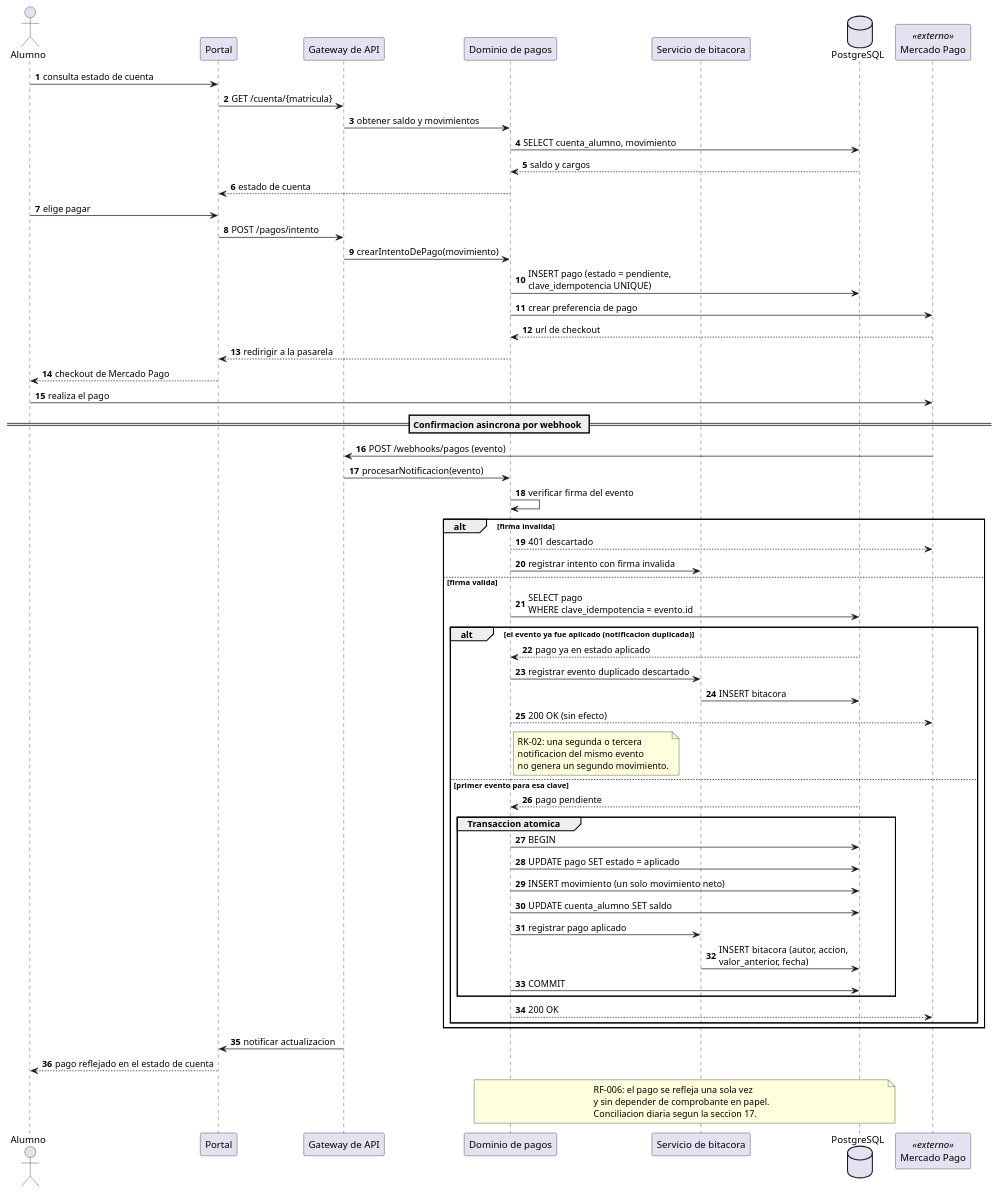
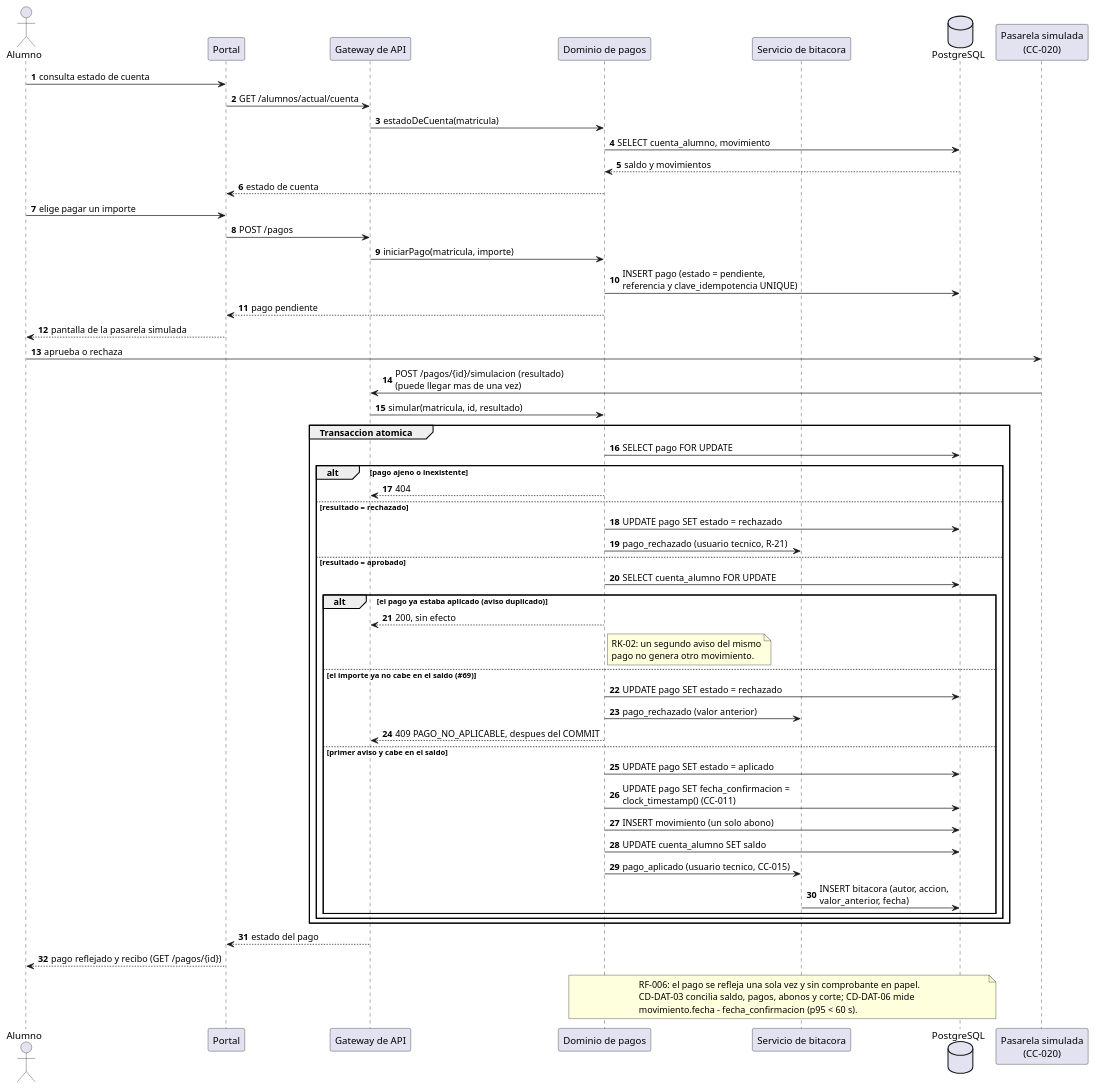
One commit to fjmp-dev/sce-control-escolar changed the diagram in docs/arquitectura/fig05-secuencia-pago.puml. Above: the diagram before and after it, drawn with PlantUML. The commit also changed 32 other files, not shown here.

```diff
--- a/docs/arquitectura/fig05-secuencia-pago.puml
+++ b/docs/arquitectura/fig05-secuencia-pago.puml
@@ -1,80 +1,74 @@
 @startuml fig05-secuencia-pago
-' Figura 5. Diagrama de secuencia UML: pago en linea con control de
-' idempotencia (RF-006). Fuente: SCE-MC-001 v2.0, seccion 13.4.
-' Documenta el control que evita el cargo duplicado: riesgo RK-02.
+' Figura 5. Diagrama de secuencia UML: pago con control de idempotencia (RF-006).
+' Fuente: SCE-MC-001 v2.0, seccion 13.4. Actualizada por CC-020 (pasarela simulada, sin
+' Mercado Pago) y CC-011 (fecha_confirmacion). Documenta el control que evita el cargo
+' duplicado: riesgo RK-02, defecto #69 corregido en #71.
 skinparam shadowing false
 autonumber
 
 actor Alumno as AL
 participant "Portal" as UI
 participant "Gateway de API" as GW
 participant "Dominio de pagos" as DPAG
 participant "Servicio de bitacora" as BIT
 database "PostgreSQL" as DB
-participant "Mercado Pago" as MP <<externo>>
+participant "Pasarela simulada\n(CC-020)" as PS
 
 AL -> UI : consulta estado de cuenta
-UI -> GW : GET /cuenta/{matricula}
-GW -> DPAG : obtener saldo y movimientos
+UI -> GW : GET /alumnos/actual/cuenta
+GW -> DPAG : estadoDeCuenta(matricula)
 DPAG -> DB : SELECT cuenta_alumno, movimiento
-DB --> DPAG : saldo y cargos
+DB --> DPAG : saldo y movimientos
 DPAG --> UI : estado de cuenta
 
-AL -> UI : elige pagar
-UI -> GW : POST /pagos/intento
-GW -> DPAG : crearIntentoDePago(movimiento)
-DPAG -> DB : INSERT pago (estado = pendiente,\nclave_idempotencia UNIQUE)
-DPAG -> MP : crear preferencia de pago
-MP --> DPAG : url de checkout
-DPAG --> UI : redirigir a la pasarela
-UI --> AL : checkout de Mercado Pago
+AL -> UI : elige pagar un importe
+UI -> GW : POST /pagos
+GW -> DPAG : iniciarPago(matricula, importe)
+DPAG -> DB : INSERT pago (estado = pendiente,\nreferencia y clave_idempotencia UNIQUE)
+DPAG --> UI : pago pendiente
+UI --> AL : pantalla de la pasarela simulada
 
-AL -> MP : realiza el pago
+AL -> PS : aprueba o rechaza
+PS -> GW : POST /pagos/{id}/simulacion (resultado)\n(puede llegar mas de una vez)
+GW -> DPAG : simular(matricula, id, resultado)
 
-== Confirmacion asincrona por webhook ==
-
-MP -> GW : POST /webhooks/pagos (evento)
-GW -> DPAG : procesarNotificacion(evento)
-DPAG -> DPAG : verificar firma del evento
-
-alt firma invalida
-  DPAG --> MP : 401 descartado
-  DPAG -> BIT : registrar intento con firma invalida
-else firma valida
-  DPAG -> DB : SELECT pago\nWHERE clave_idempotencia = evento.id
-
-  alt el evento ya fue aplicado (notificacion duplicada)
-    DB --> DPAG : pago ya en estado aplicado
-    DPAG -> BIT : registrar evento duplicado descartado
-    BIT -> DB : INSERT bitacora
-    DPAG --> MP : 200 OK (sin efecto)
-    note right of DPAG
-      RK-02: una segunda o tercera
-      notificacion del mismo evento
-      no genera un segundo movimiento.
-    end note
-  else primer evento para esa clave
-    DB --> DPAG : pago pendiente
-    group Transaccion atomica
-      DPAG -> DB : BEGIN
+group Transaccion atomica
+  DPAG -> DB : SELECT pago FOR UPDATE
+  alt pago ajeno o inexistente
+    DPAG --> GW : 404
+  else resultado = rechazado
+    DPAG -> DB : UPDATE pago SET estado = rechazado
+    DPAG -> BIT : pago_rechazado (usuario tecnico, R-21)
+  else resultado = aprobado
+    DPAG -> DB : SELECT cuenta_alumno FOR UPDATE
+    alt el pago ya estaba aplicado (aviso duplicado)
+      DPAG --> GW : 200, sin efecto
+      note right of DPAG
+        RK-02: un segundo aviso del mismo
+        pago no genera otro movimiento.
+      end note
+    else el importe ya no cabe en el saldo (#69)
+      DPAG -> DB : UPDATE pago SET estado = rechazado
+      DPAG -> BIT : pago_rechazado (valor anterior)
+      DPAG --> GW : 409 PAGO_NO_APLICABLE, despues del COMMIT
+    else primer aviso y cabe en el saldo
       DPAG -> DB : UPDATE pago SET estado = aplicado
-      DPAG -> DB : INSERT movimiento (un solo movimiento neto)
+      DPAG -> DB : UPDATE pago SET fecha_confirmacion =\nclock_timestamp() (CC-011)
+      DPAG -> DB : INSERT movimiento (un solo abono)
       DPAG -> DB : UPDATE cuenta_alumno SET saldo
-      DPAG -> BIT : registrar pago aplicado
+      DPAG -> BIT : pago_aplicado (usuario tecnico, CC-015)
       BIT -> DB : INSERT bitacora (autor, accion,\nvalor_anterior, fecha)
-      DPAG -> DB : COMMIT
     end
-    DPAG --> MP : 200 OK
   end
 end
 
-GW -> UI : notificar actualizacion
-UI --> AL : pago reflejado en el estado de cuenta
+GW --> UI : estado del pago
+UI --> AL : pago reflejado y recibo (GET /pagos/{id})
 
 note over DPAG, DB
-  RF-006: el pago se refleja una sola vez
-  y sin depender de comprobante en papel.
-  Conciliacion diaria segun la seccion 17.
+  RF-006: el pago se refleja una sola vez y sin comprobante en papel.
+  CD-DAT-03 concilia saldo, pagos, abonos y corte; CD-DAT-06 mide
+  movimiento.fecha - fecha_confirmacion (p95 < 60 s).
 end note
 
 @enduml
```
